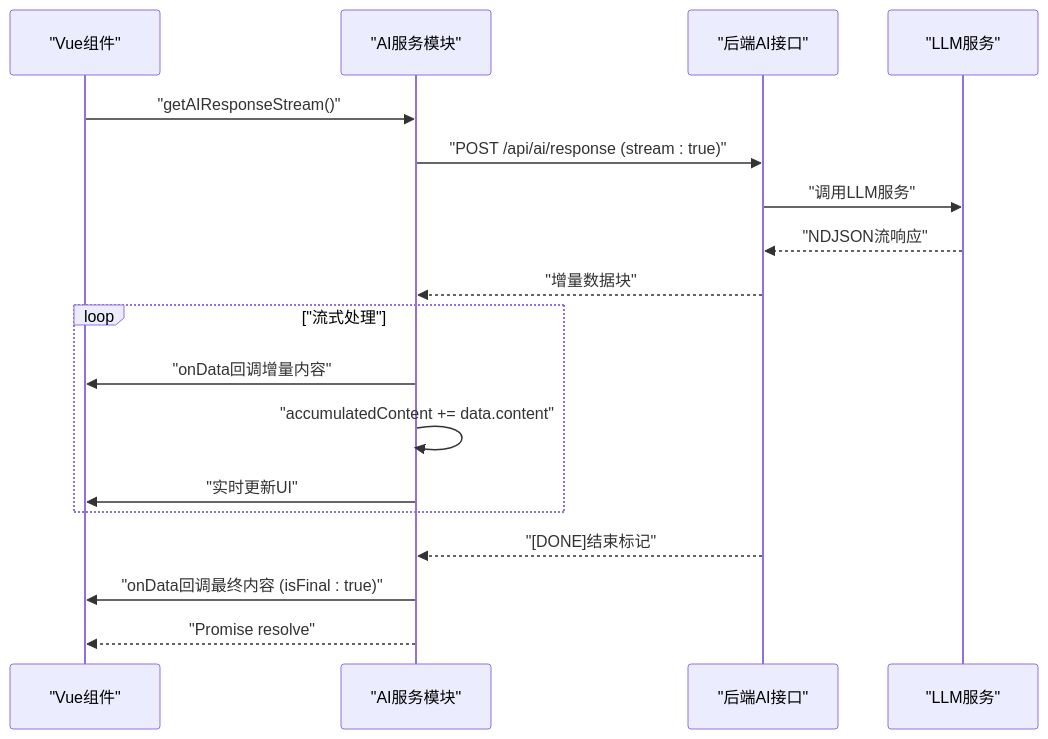
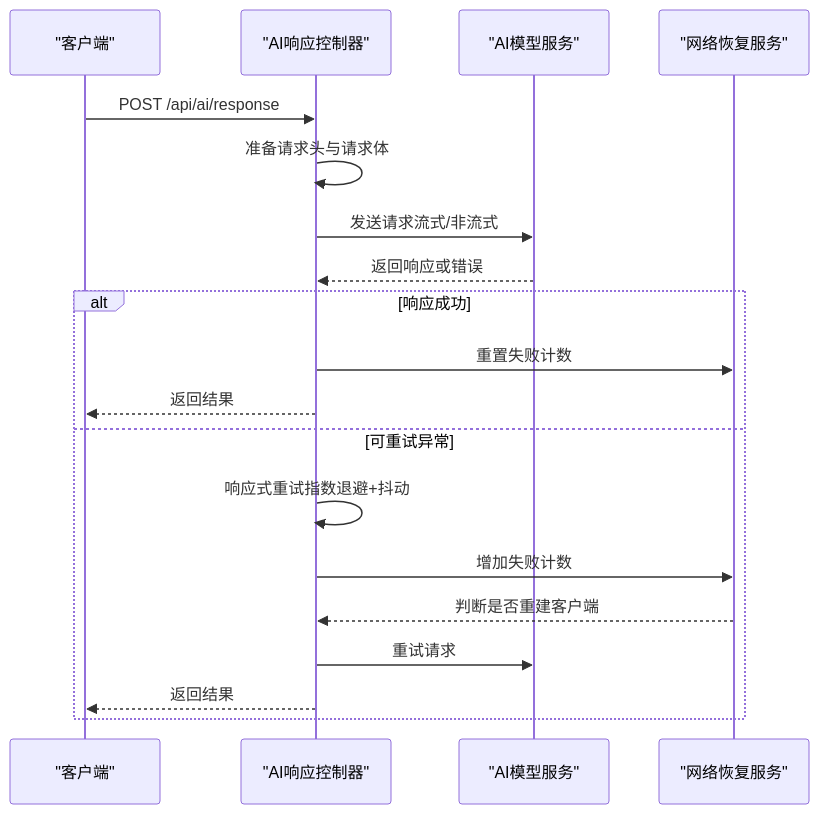
The fourth of 6 diagrams in .qoder/repowiki/zh/content/核心功能模块/AI诊断辅助系统.md (liuzh2008/med_ai_assistant_workspace), drawn with Mermaid before and after one commit. The commit also changed other lines of this file and 5 other files, not shown here.

````diff
--- a/.qoder/repowiki/zh/content/核心功能模块/AI诊断辅助系统.md
+++ b/.qoder/repowiki/zh/content/核心功能模块/AI诊断辅助系统.md
@@ -895,20 +198,21 @@
 ```mermaid
 sequenceDiagram
-participant VueComp as "Vue组件"
-participant AIService as "AI服务模块"
-participant Backend as "后端AI接口"
-participant LLM as "LLM服务"
-VueComp->>AIService : "getAIResponseStream()"
-AIService->>Backend : "POST /api/ai/response (stream : true)"
-Backend->>LLM : "调用LLM服务"
-LLM-->>Backend : "NDJSON流响应"
-Backend-->>AIService : "增量数据块"
-loop "流式处理"
-AIService->>VueComp : "onData回调增量内容"
-AIService->>AIService : "accumulatedContent += data.content"
-AIService->>VueComp : "实时更新UI"
+participant Client as "客户端"
+participant AIResp as "AI响应控制器"
+participant AIModel as "AI模型服务"
+participant NetSvc as "网络恢复服务"
+Client->>AIResp : POST /api/ai/response
+AIResp->>AIResp : 准备请求头与请求体
+AIResp->>AIModel : 发送请求流式/非流式
+AIModel-->>AIResp : 返回响应或错误
+alt 响应成功
+AIResp->>NetSvc : 重置失败计数
+AIResp-->>Client : 返回结果
+else 可重试异常
+AIResp->>AIResp : 响应式重试指数退避+抖动
+AIResp->>NetSvc : 增加失败计数
+NetSvc-->>AIResp : 判断是否重建客户端
+AIResp->>AIModel : 重试请求
+AIResp-->>Client : 返回结果
 end
-Backend-->>AIService : "[DONE]结束标记"
-AIService->>VueComp : "onData回调最终内容 (isFinal : true)"
-AIService-->>VueComp : "Promise resolve"
 ```
````
